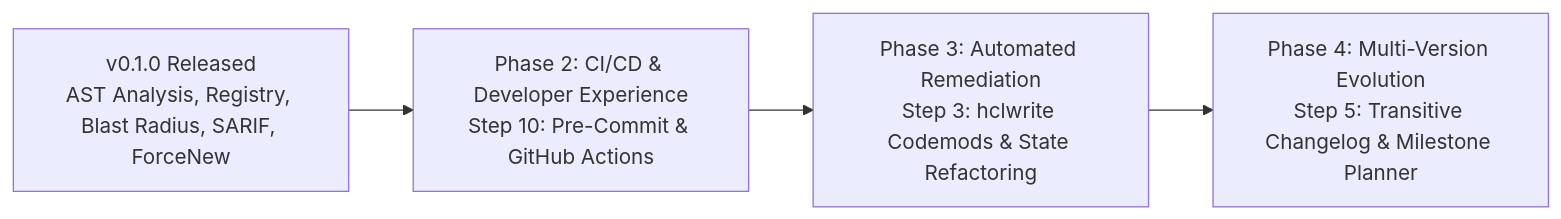
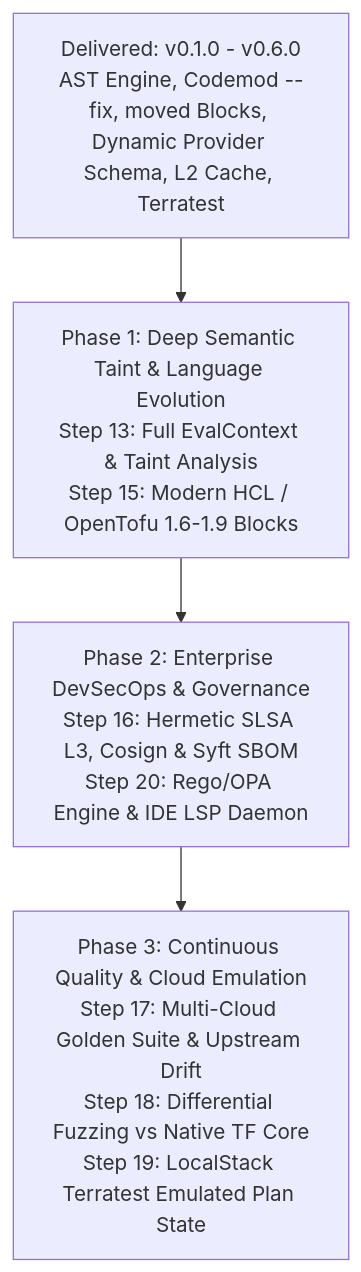
Before and after one commit to 23skdu/terraform_ast: the diagram in docs/ROADMAP.md, drawn with Mermaid. The commit also changed other lines of this file and 17 other files, not shown here.

Commit message:
feat: implement codemod in-place refactoring, moved blocks, dynamic provider schema, and L2 caching

````diff
--- a/docs/ROADMAP.md
+++ b/docs/ROADMAP.md
@@ -9,6 +9,6 @@
 ```mermaid
-flowchart LR
-    A[v0.1.0 Released\nAST Analysis, Registry, Blast Radius, SARIF, ForceNew] --> B[Phase 2: CI/CD & Developer Experience\nStep 10: Pre-Commit & GitHub Actions]
-    B --> C[Phase 3: Automated Remediation\nStep 3: hclwrite Codemods & State Refactoring]
-    C --> D[Phase 4: Multi-Version Evolution\nStep 5: Transitive Changelog & Milestone Planner]
+flowchart TD
+    A[Delivered: v0.1.0 - v0.6.0\nAST Engine, Codemod --fix, moved Blocks, Dynamic Provider Schema, L2 Cache, Terratest] --> B[Phase 1: Deep Semantic Taint & Language Evolution\nStep 13: Full EvalContext & Taint Analysis\nStep 15: Modern HCL / OpenTofu 1.6-1.9 Blocks]
+    B --> C[Phase 2: Enterprise DevSecOps & Governance\nStep 16: Hermetic SLSA L3, Cosign & Syft SBOM\nStep 20: Rego/OPA Engine & IDE LSP Daemon]
+    C --> D[Phase 3: Continuous Quality & Cloud Emulation\nStep 17: Multi-Cloud Golden Suite & Upstream Drift\nStep 18: Differential Fuzzing vs Native TF Core\nStep 19: LocalStack Terratest Emulated Plan State]
 ```
````
